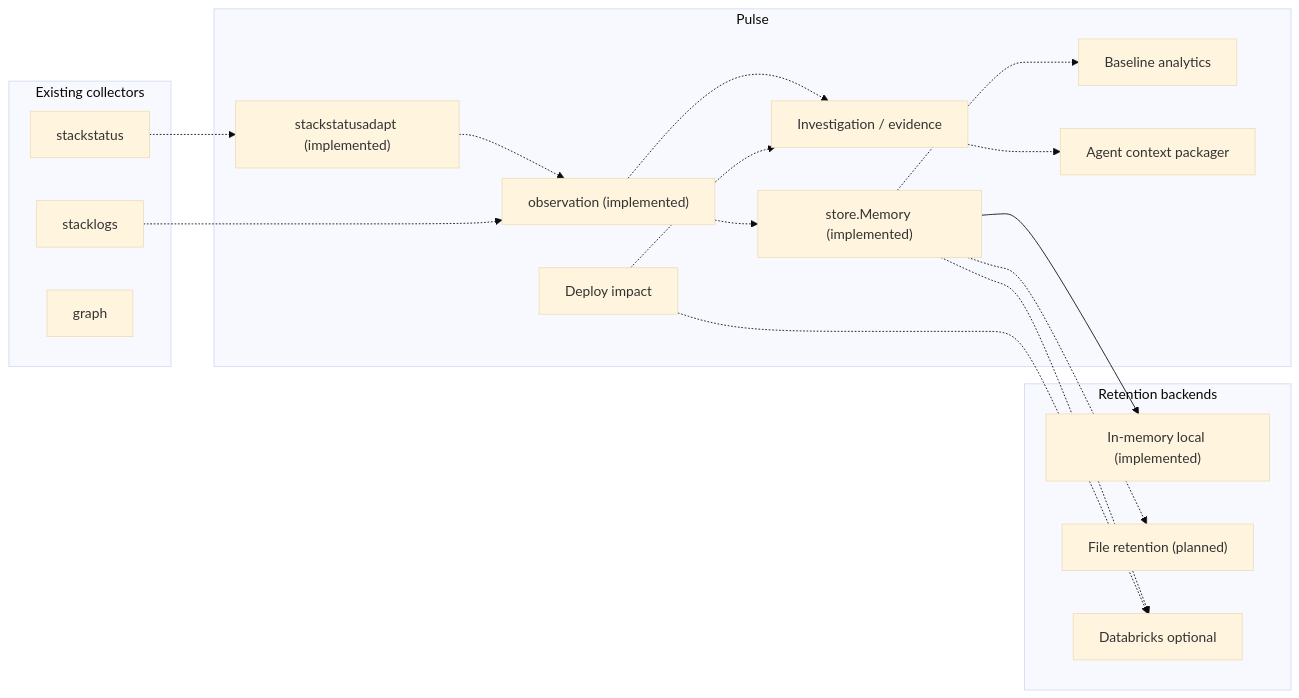
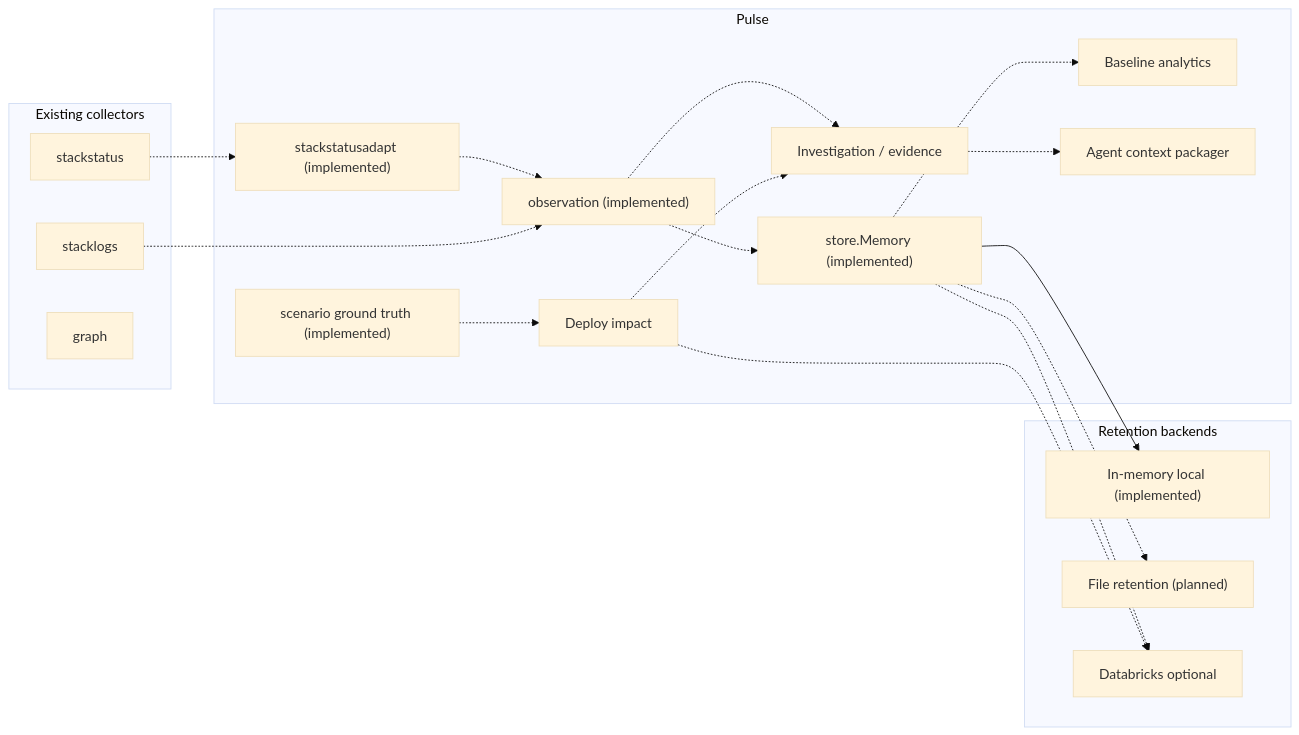
The second of 2 diagrams in docs/ARCHITECTURE.md (sharathb5/perch-pulse), drawn with Mermaid (base theme) before and after one commit. The commit also changed other lines of this file and 21 other files, not shown here.

First line of the commit message:
feat(pulse): Phase 2 ground-truth fault injection scenario harness (#12)

````diff
--- a/docs/ARCHITECTURE.md
+++ b/docs/ARCHITECTURE.md
@@ -98,35 +100,37 @@
 ```mermaid
 flowchart LR
   subgraph existing["Existing collectors"]
     SS["stackstatus"]
     SL["stacklogs"]
     G["graph"]
   end
 
   subgraph pulse["Pulse"]
     OBS["observation (implemented)"]
     ADAPT["stackstatusadapt (implemented)"]
     HIST["store.Memory (implemented)"]
+    GT["scenario ground truth (implemented)"]
     INV["Investigation / evidence"]
     BASE["Baseline analytics"]
     DEP["Deploy impact"]
     AGENT["Agent context packager"]
   end
 
   subgraph backends["Retention backends"]
     MEM["In-memory local (implemented)"]
     FILE["File retention (planned)"]
     DBX["Databricks optional"]
   end
 
   SS -.-> ADAPT -.-> OBS -.-> HIST
   SL -.-> OBS
   HIST --> MEM
   HIST -.-> FILE
   HIST -.-> DBX
   OBS -.-> INV
   HIST -.-> BASE
   DEP -.-> INV
   INV -.-> AGENT
   DEP -.-> DBX
+  GT -.-> DEP
 ```
````
